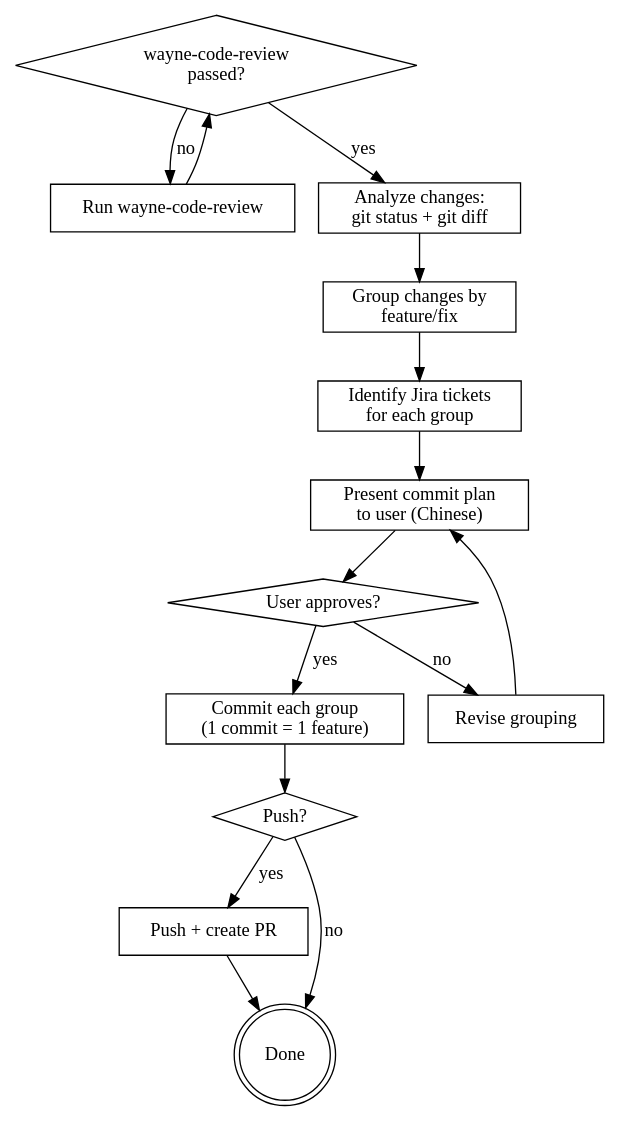
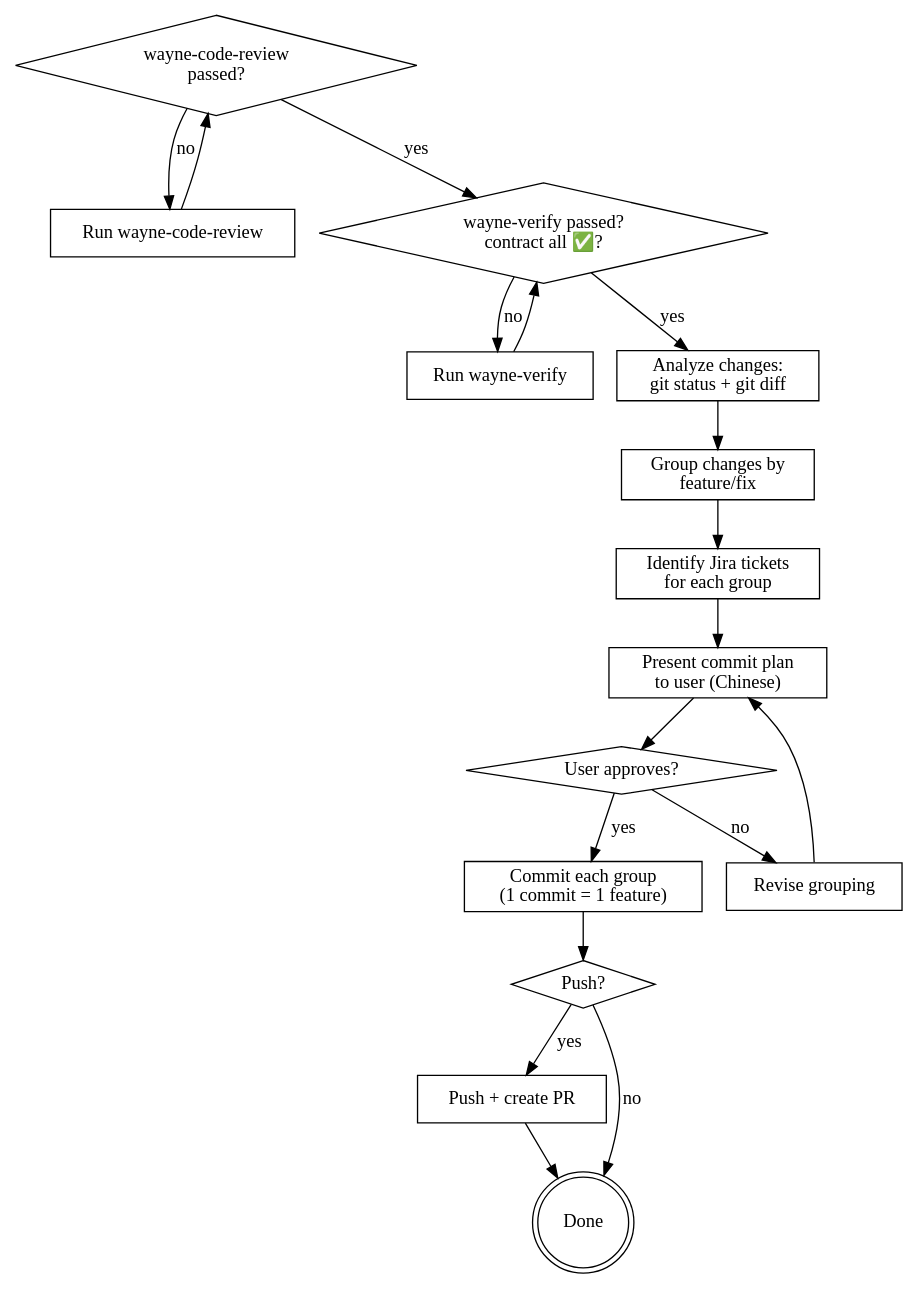
The diagram in wayne-ship/SKILL.md (waynejing995/wayne-taste), drawn with Graphviz before and after one commit. The commit also changed other lines of this file and 11 other files, not shown here.

````diff
--- a/wayne-ship/SKILL.md
+++ b/wayne-ship/SKILL.md
@@ -43,33 +49,38 @@
 ```dot
 digraph ship {
     rankdir=TB;
 
     "wayne-code-review\npassed?" [shape=diamond];
     "Run wayne-code-review" [shape=box];
+    "wayne-verify passed?\ncontract all ✅?" [shape=diamond];
+    "Run wayne-verify" [shape=box];
     "Analyze changes:\ngit status + git diff" [shape=box];
     "Group changes by\nfeature/fix" [shape=box];
     "Identify Jira tickets\nfor each group" [shape=box];
     "Present commit plan\nto user (Chinese)" [shape=box];
     "User approves?" [shape=diamond];
     "Revise grouping" [shape=box];
     "Commit each group\n(1 commit = 1 feature)" [shape=box];
     "Push?" [shape=diamond];
     "Push + create PR" [shape=box];
     "Done" [shape=doublecircle];
 
     "wayne-code-review\npassed?" -> "Run wayne-code-review" [label="no"];
-    "wayne-code-review\npassed?" -> "Analyze changes:\ngit status + git diff" [label="yes"];
+    "wayne-code-review\npassed?" -> "wayne-verify passed?\ncontract all ✅?" [label="yes"];
     "Run wayne-code-review" -> "wayne-code-review\npassed?";
+    "wayne-verify passed?\ncontract all ✅?" -> "Run wayne-verify" [label="no"];
+    "wayne-verify passed?\ncontract all ✅?" -> "Analyze changes:\ngit status + git diff" [label="yes"];
+    "Run wayne-verify" -> "wayne-verify passed?\ncontract all ✅?";
     "Analyze changes:\ngit status + git diff" -> "Group changes by\nfeature/fix";
     "Group changes by\nfeature/fix" -> "Identify Jira tickets\nfor each group";
     "Identify Jira tickets\nfor each group" -> "Present commit plan\nto user (Chinese)";
     "Present commit plan\nto user (Chinese)" -> "User approves?";
     "User approves?" -> "Commit each group\n(1 commit = 1 feature)" [label="yes"];
     "User approves?" -> "Revise grouping" [label="no"];
     "Revise grouping" -> "Present commit plan\nto user (Chinese)";
     "Commit each group\n(1 commit = 1 feature)" -> "Push?";
     "Push?" -> "Push + create PR" [label="yes"];
     "Push?" -> "Done" [label="no"];
     "Push + create PR" -> "Done";
 }
 ```
````
